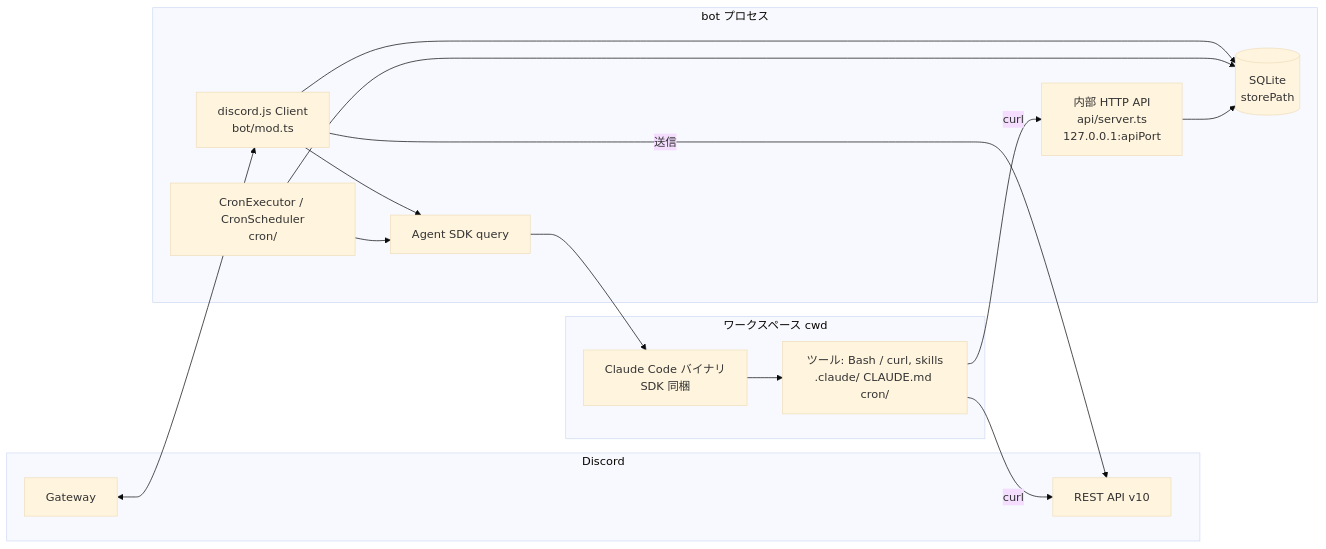
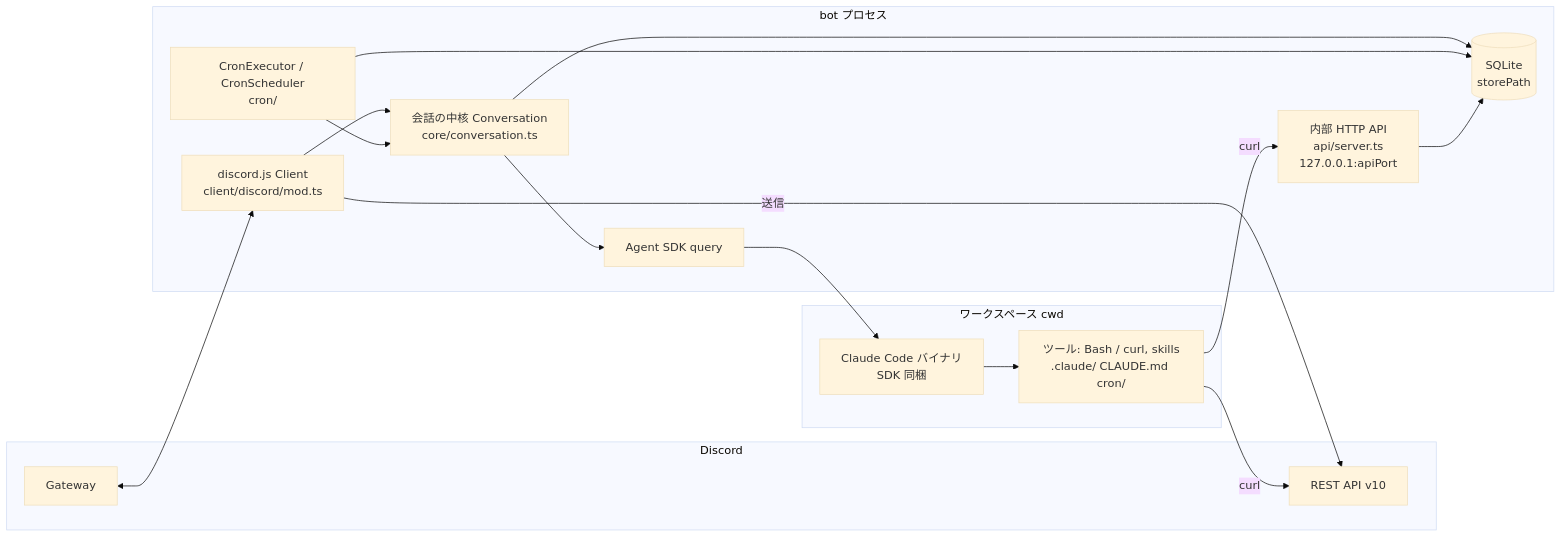
The first of 2 diagrams in docs/architecture/README.md (ansanloms/loms-claw), drawn with Mermaid (base theme) before and after one commit. The commit also changed other lines of this file and 51 other files, not shown here.

First line of the commit message:
refactor: 会話の中核を Discord から分離し core/ と client/discord/ に分ける

````diff
--- a/docs/architecture/README.md
+++ b/docs/architecture/README.md
@@ -37,32 +37,35 @@
 ```mermaid
 flowchart LR
   subgraph discord[Discord]
     gw[Gateway]
     rest[REST API v10]
   end
 
   subgraph proc[bot プロセス]
-    client[discord.js Client<br/>bot/mod.ts]
+    client[discord.js Client<br/>client/discord/mod.ts]
+    core[会話の中核 Conversation<br/>core/conversation.ts]
     cron[CronExecutor / CronScheduler<br/>cron/]
     api[内部 HTTP API<br/>api/server.ts<br/>127.0.0.1:apiPort]
     kv[(SQLite<br/>storePath)]
     sdk[Agent SDK query]
   end
 
   subgraph ws[ワークスペース cwd]
     cc[Claude Code バイナリ<br/>SDK 同梱]
     tools[ツール: Bash / curl, skills<br/>.claude/ CLAUDE.md cron/]
   end
 
   gw <--> client
-  client --> sdk
-  cron --> sdk
-  client --> kv
+  client --> core
+  core --> sdk
+  cron --> core
+
+  core --> kv
   cron --> kv
   api --> kv
   sdk --> cc
   cc --> tools
   tools -->|curl| rest
   tools -->|curl| api
   client -->|送信| rest
 ```
````
